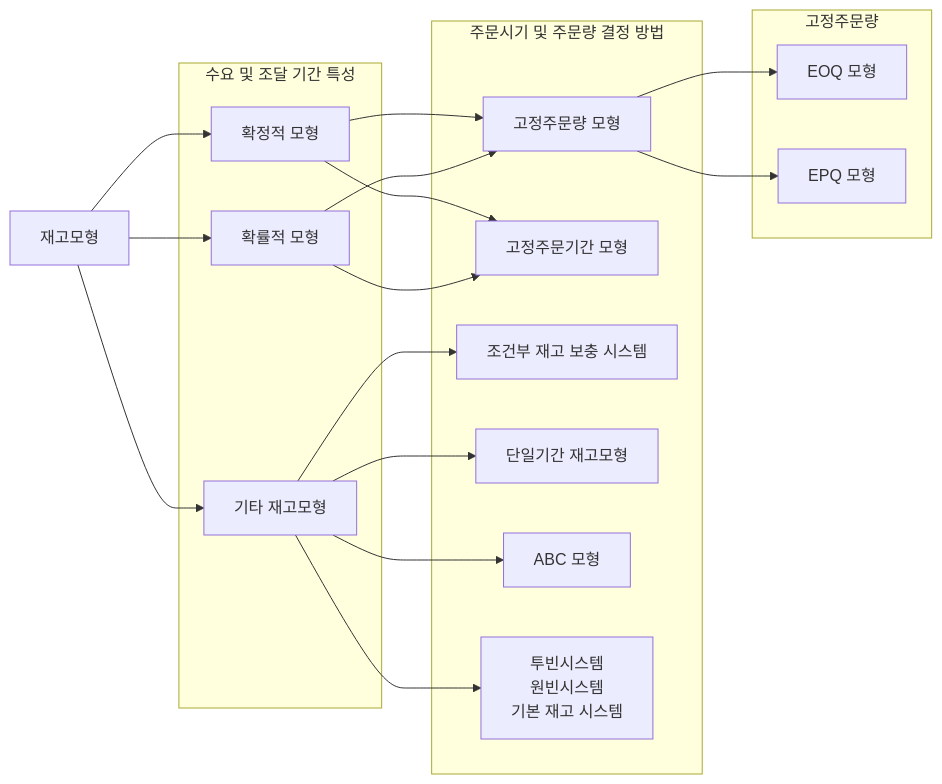
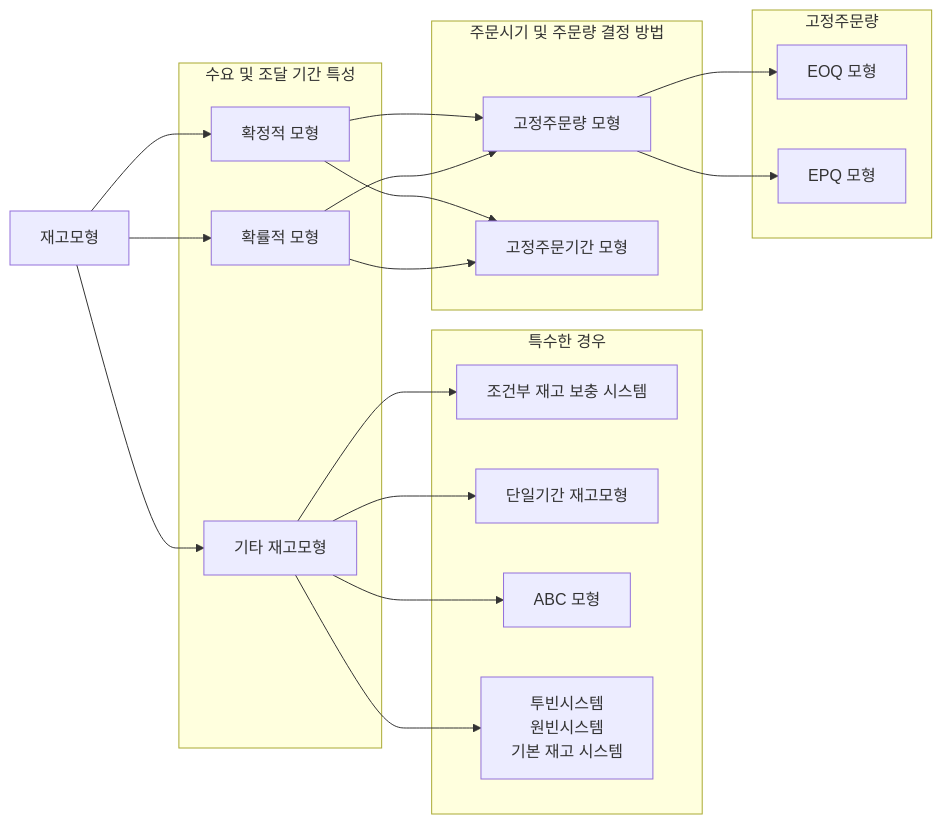
The second of 2 diagrams in 2-4.물류관리(자재 및 재고관리).qmd (yeonkyupark/PEPC), drawn with Mermaid before and after one commit.

Commit message:
Update 2-4.물류관리(자재 및 재고관리).qmd

````diff
--- a/2-4.물류관리(자재 및 재고관리).qmd
+++ b/2-4.물류관리(자재 및 재고관리).qmd
@@ -101,41 +101,44 @@
 ```{mermaid}
 flowchart LR
 
 0[재고모형]
 11[확정적 모형]
 12[확률적 모형]
 13[기타 재고모형]
 21[고정주문량 모형]
 22[고정주문기간 모형]
 23[조건부 재고 보충 시스템]
 24[단일기간 재고모형]
 25[ABC 모형]
 26["투빈시스템<br>원빈시스템<br>기본 재고 시스템"]
 31[EOQ 모형]
 32[EPQ 모형]
 
+subgraph s4[특수한 경우]
+23
+24
+25
+26
+end
+
 subgraph s1[수요 및 조달 기간 특성]
 11
 12
 13
 end
 
 subgraph s2[주문시기 및 주문량 결정 방법]
 21
 22
-23
-24
-25
-26
 end
 
 subgraph s3[고정주문량]
 31
 32
 end
 
 0 --> 11 & 12 & 13
 11 & 12 --> 21 & 22
 13 --> 23 & 24 & 25 & 26
 21 --> 31 & 32
 ```
````
